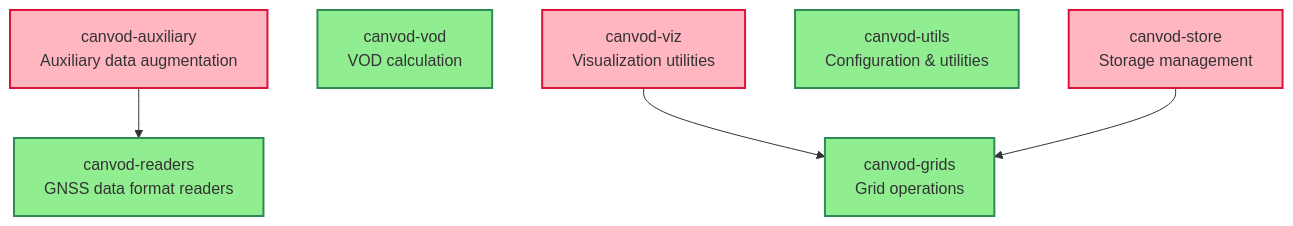
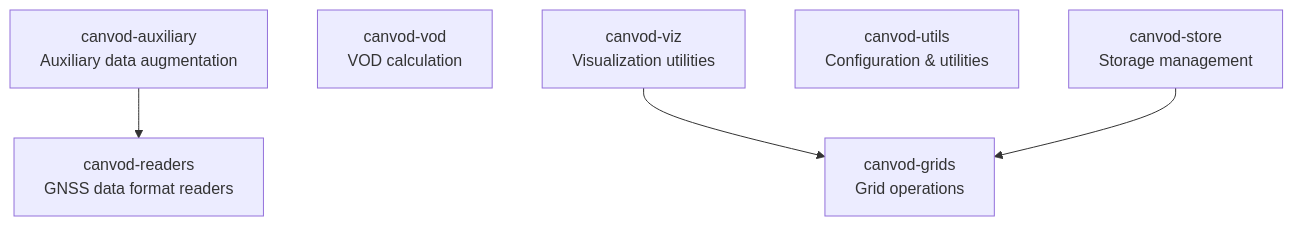
Before and after one commit to mfkiwl/canvodpy: the diagram in docs/dependencies.md, drawn with Mermaid. The commit also changed 4 other files, not shown here.

Commit message:
style(docs): Remove inline mermaid colors in favor of beautiful-mermaid theming

````diff
--- a/docs/dependencies.md
+++ b/docs/dependencies.md
@@ -7,25 +7,14 @@
 ```mermaid
 graph TD
-    classDef stable fill:#90EE90,stroke:#2E8B57,stroke-width:2px
-    classDef unstable fill:#FFB6C1,stroke:#DC143C,stroke-width:2px
-
     canvod_readers["canvod-readers<br/>GNSS data format readers"]
     canvod_aux["canvod-auxiliary<br/>Auxiliary data augmentation"]
     canvod_vod["canvod-vod<br/>VOD calculation"]
     canvod_viz["canvod-viz<br/>Visualization utilities"]
     canvod_utils["canvod-utils<br/>Configuration & utilities"]
     canvod_grids["canvod-grids<br/>Grid operations"]
     canvod_store["canvod-store<br/>Storage management"]
 
     canvod_aux --> canvod_readers
     canvod_viz --> canvod_grids
     canvod_store --> canvod_grids
-
-    class canvod_readers stable
-    class canvod_aux unstable
-    class canvod_vod stable
-    class canvod_viz unstable
-    class canvod_utils stable
-    class canvod_grids stable
-    class canvod_store unstable
 ```
````
